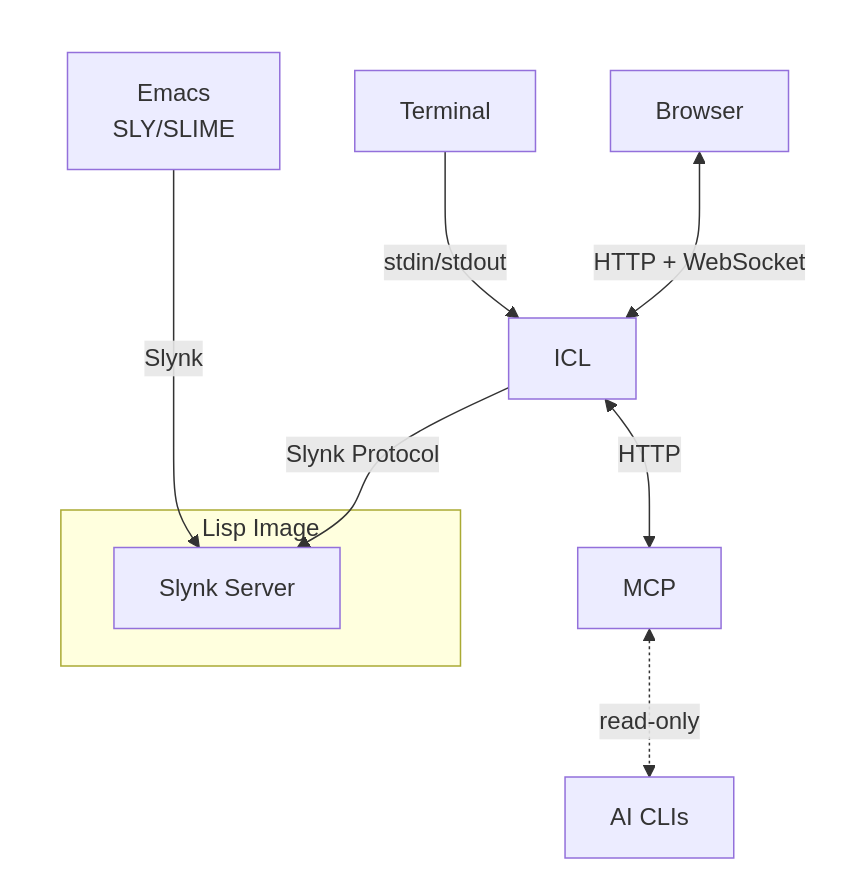
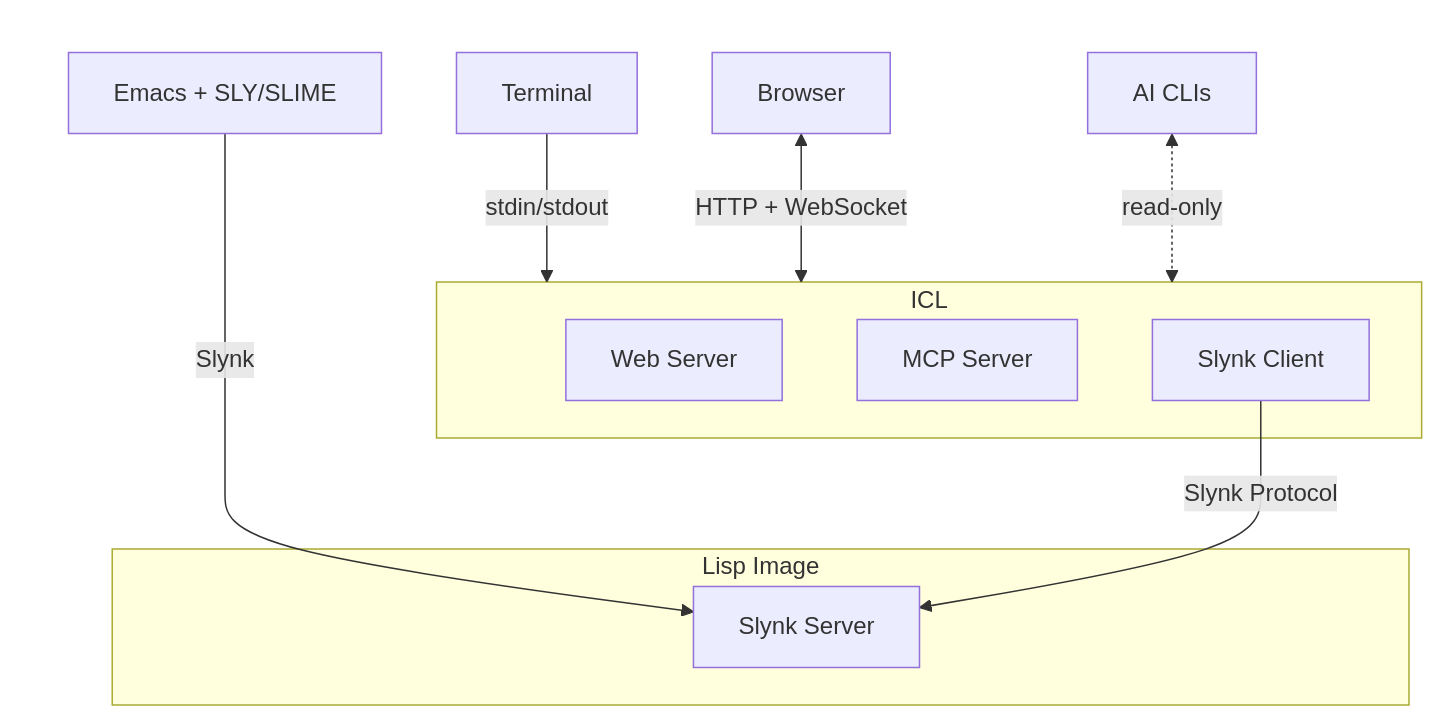
The diagram in README.md (Passw/atgreen-icl), drawn with Mermaid before and after one commit.

Commit message:
Show MCP and Web Server as components within ICL
🤖 Generated with [Claude Code](https://claude.com/claude-code)

````diff
--- a/README.md
+++ b/README.md
@@ -511,23 +511,27 @@
 ```mermaid
 flowchart TD
     subgraph ui [" "]
         Terminal
         Browser
-        Emacs["Emacs<br/>SLY/SLIME"]
+        Emacs["Emacs + SLY/SLIME"]
     end
 
     Terminal -->|stdin/stdout| ICL
     Browser <-->|HTTP + WebSocket| ICL
     Emacs -->|Slynk| Slynk
+    AI["AI CLIs"] <-.->|read-only| ICL
 
-    ICL -->|Slynk Protocol| Slynk
-    ICL <-->|HTTP| MCP
+    subgraph ICL
+        WebServer["Web Server"]
+        MCP["MCP Server"]
+        SlynkClient["Slynk Client"]
+    end
+
+    SlynkClient -->|Slynk Protocol| Slynk
 
     subgraph Lisp ["Lisp Image"]
         Slynk["Slynk Server"]
     end
 
-    MCP <-.->|read-only| AI["AI CLIs"]
-
     style ui fill:none,stroke:none
 ```
````
